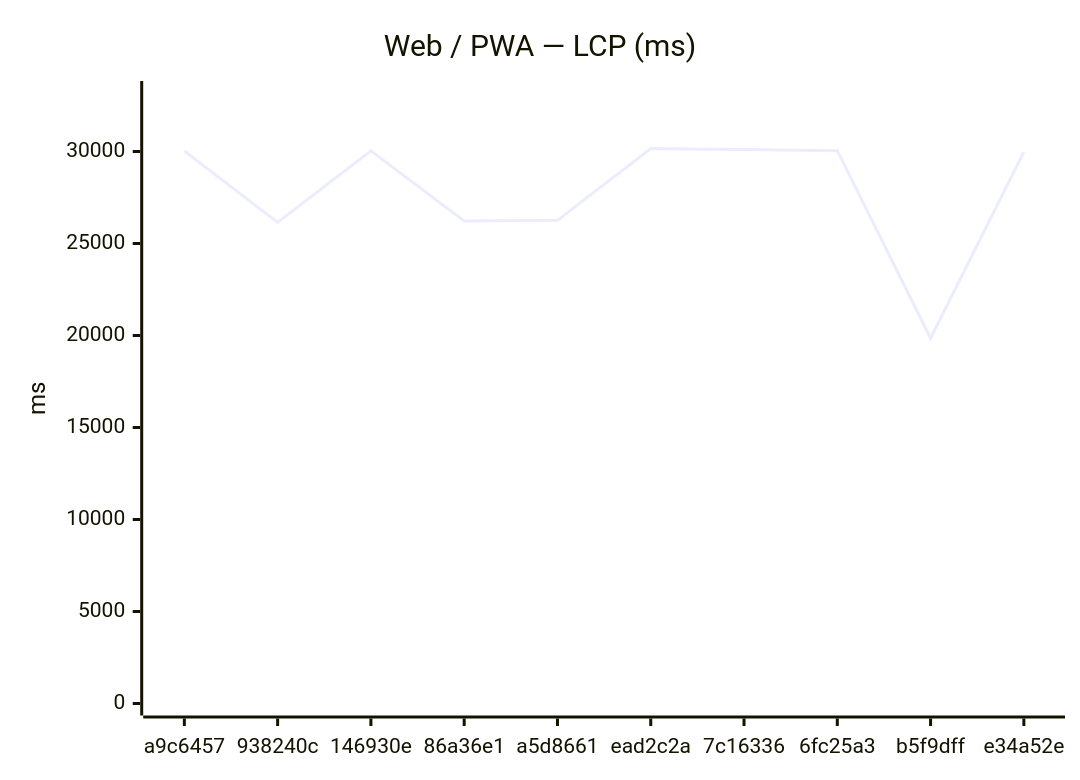
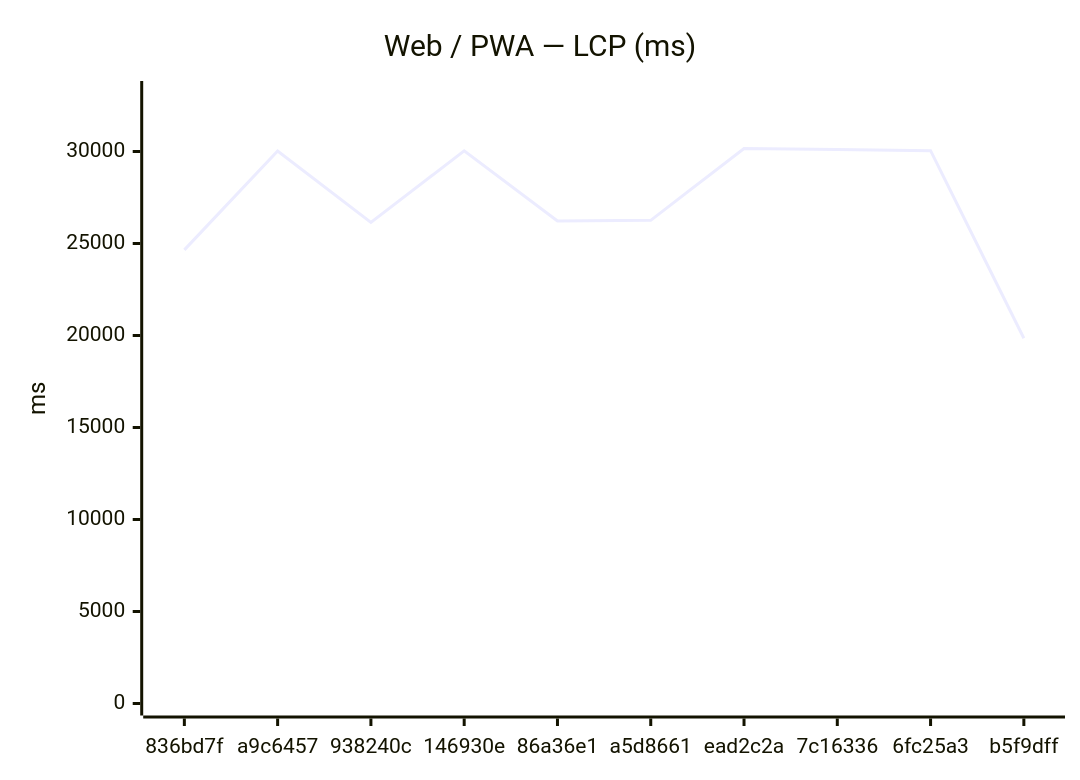
One commit to Metaheurist/Rianell changed the first of 12 diagrams in benchmarks/compare.md. Above: the diagram before and after it, drawn with Mermaid. The commit also changed other lines of this file and 8 other files, not shown here.

````diff
--- a/benchmarks/compare.md
+++ b/benchmarks/compare.md
@@ -24,7 +24,7 @@
 ```mermaid
 xychart-beta
     title "Web / PWA — LCP (ms)"
-    x-axis ["a9c6457", "938240c", "146930e", "86a36e1", "a5d8661", "ead2c2a", "7c16336", "6fc25a3", "b5f9dff", "e34a52e"]
+    x-axis ["836bd7f", "a9c6457", "938240c", "146930e", "86a36e1", "a5d8661", "ead2c2a", "7c16336", "6fc25a3", "b5f9dff"]
     y-axis "ms" 0 --> 33179
-    line [30029, 26143, 30039, 26222, 26258, 30162, 30106, 30044, 19849, 29974]
+    line [24652, 30029, 26143, 30039, 26222, 26258, 30162, 30106, 30044, 19849]
 ```
````
